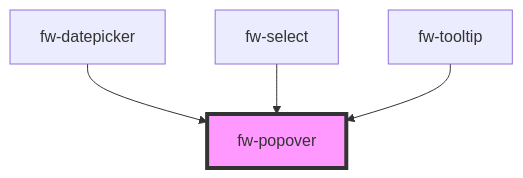
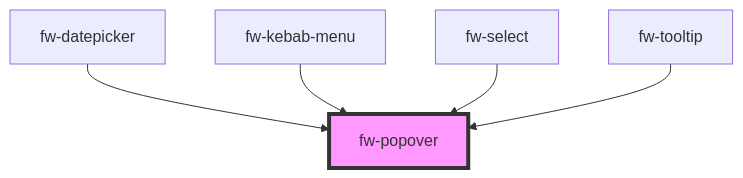
One commit to freshworks/crayons changed the diagram in packages/crayons-core/src/components/popover/readme.md. Above: the diagram before and after it, drawn with Mermaid. The commit also changed other lines of this file and 9 other files, not shown here.

Commit message:
feat: add kebab menu component, modify row actions in datatable

````diff
--- a/packages/crayons-core/src/components/popover/readme.md
+++ b/packages/crayons-core/src/components/popover/readme.md
@@ -654,7 +655,8 @@
 ```mermaid
 graph TD;
   fw-datepicker --> fw-popover
+  fw-kebab-menu --> fw-popover
   fw-select --> fw-popover
   fw-tooltip --> fw-popover
   style fw-popover fill:#f9f,stroke:#333,stroke-width:4px
 ```
````
